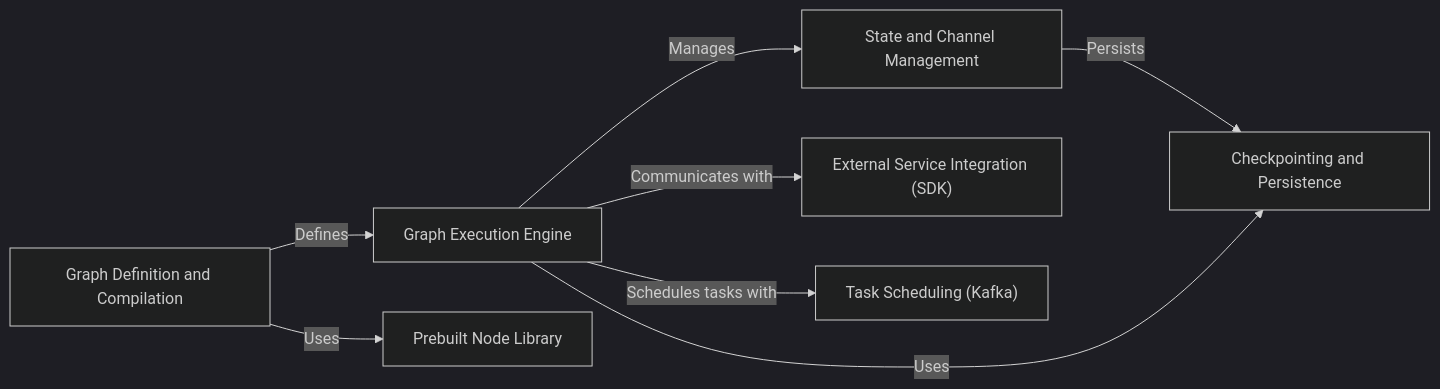
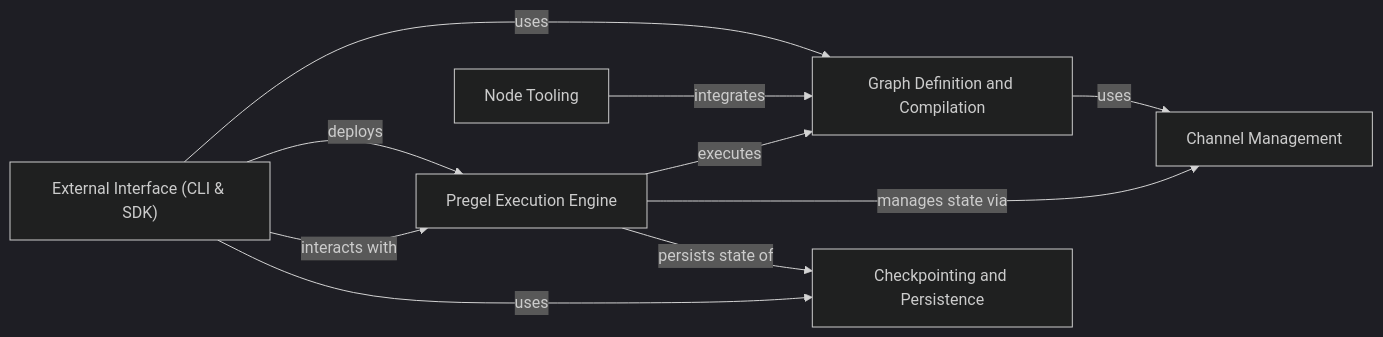
One commit to CodeBoarding/GeneratedOnBoardings changed the diagram in langgraph/on_boarding.md. Above: the diagram before and after it, drawn with Mermaid (dark theme). The commit also changed other lines of this file and 11 other files, not shown here.

````diff
--- a/langgraph/on_boarding.md
+++ b/langgraph/on_boarding.md
@@ -1,24 +1,24 @@
 ```mermaid
 graph LR
     Graph_Definition_and_Compilation["Graph Definition and Compilation"]
-    Graph_Execution_Engine["Graph Execution Engine"]
-    State_and_Channel_Management["State and Channel Management"]
+    Pregel_Execution_Engine["Pregel Execution Engine"]
+    Channel_Management["Channel Management"]
+    Node_Tooling["Node Tooling"]
     Checkpointing_and_Persistence["Checkpointing and Persistence"]
-    Prebuilt_Node_Library["Prebuilt Node Library"]
-    External_Service_Integration_SDK_["External Service Integration (SDK)"]
-    Task_Scheduling_Kafka_["Task Scheduling (Kafka)"]
-    Graph_Definition_and_Compilation -- "Defines" --> Graph_Execution_Engine
-    Graph_Execution_Engine -- "Manages" --> State_and_Channel_Management
-    State_and_Channel_Management -- "Persists" --> Checkpointing_and_Persistence
-    Graph_Definition_and_Compilation -- "Uses" --> Prebuilt_Node_Library
-    Graph_Execution_Engine -- "Communicates with" --> External_Service_Integration_SDK_
-    Graph_Execution_Engine -- "Schedules tasks with" --> Task_Scheduling_Kafka_
-    Graph_Execution_Engine -- "Uses" --> Checkpointing_and_Persistence
+    External_Interface_CLI_SDK_["External Interface (CLI & SDK)"]
+    Graph_Definition_and_Compilation -- "uses" --> Channel_Management
+    Pregel_Execution_Engine -- "executes" --> Graph_Definition_and_Compilation
+    Pregel_Execution_Engine -- "manages state via" --> Channel_Management
+    Pregel_Execution_Engine -- "persists state of" --> Checkpointing_and_Persistence
+    Node_Tooling -- "integrates" --> Graph_Definition_and_Compilation
+    External_Interface_CLI_SDK_ -- "uses" --> Graph_Definition_and_Compilation
+    External_Interface_CLI_SDK_ -- "deploys" --> Pregel_Execution_Engine
+    External_Interface_CLI_SDK_ -- "interacts with" --> Pregel_Execution_Engine
+    External_Interface_CLI_SDK_ -- "uses" --> Checkpointing_and_Persistence
     click Graph_Definition_and_Compilation href "https://github.com/CodeBoarding/GeneratedOnBoardings/blob/main/langgraph/Graph Definition and Compilation.md" "Details"
-    click Graph_Execution_Engine href "https://github.com/CodeBoarding/GeneratedOnBoardings/blob/main/langgraph/Graph Execution Engine.md" "Details"
-    click State_and_Channel_Management href "https://github.com/CodeBoarding/GeneratedOnBoardings/blob/main/langgraph/State and Channel Management.md" "Details"
+    click Pregel_Execution_Engine href "https://github.com/CodeBoarding/GeneratedOnBoardings/blob/main/langgraph/Pregel Execution Engine.md" "Details"
+    click Channel_Management href "https://github.com/CodeBoarding/GeneratedOnBoardings/blob/main/langgraph/Channel Management.md" "Details"
+    click Node_Tooling href "https://github.com/CodeBoarding/GeneratedOnBoardings/blob/main/langgraph/Node Tooling.md" "Details"
     click Checkpointing_and_Persistence href "https://github.com/CodeBoarding/GeneratedOnBoardings/blob/main/langgraph/Checkpointing and Persistence.md" "Details"
-    click Prebuilt_Node_Library href "https://github.com/CodeBoarding/GeneratedOnBoardings/blob/main/langgraph/Prebuilt Node Library.md" "Details"
-    click External_Service_Integration_SDK_ href "https://github.com/CodeBoarding/GeneratedOnBoardings/blob/main/langgraph/External Service Integration (SDK).md" "Details"
-    click Task_Scheduling_Kafka_ href "https://github.com/CodeBoarding/GeneratedOnBoardings/blob/main/langgraph/Task Scheduling (Kafka).md" "Details"
+    click External_Interface_CLI_SDK_ href "https://github.com/CodeBoarding/GeneratedOnBoardings/blob/main/langgraph/External Interface (CLI & SDK).md" "Details"
 ```
````
